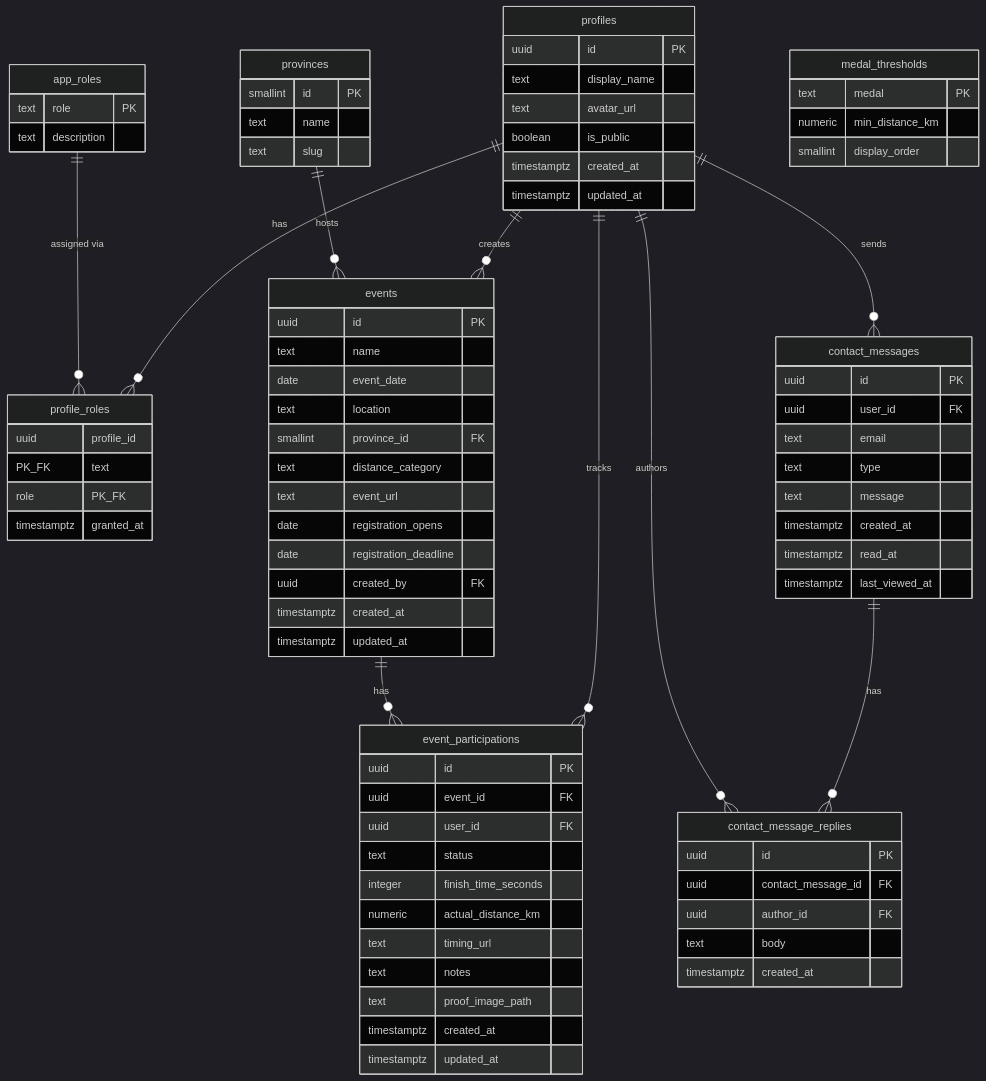
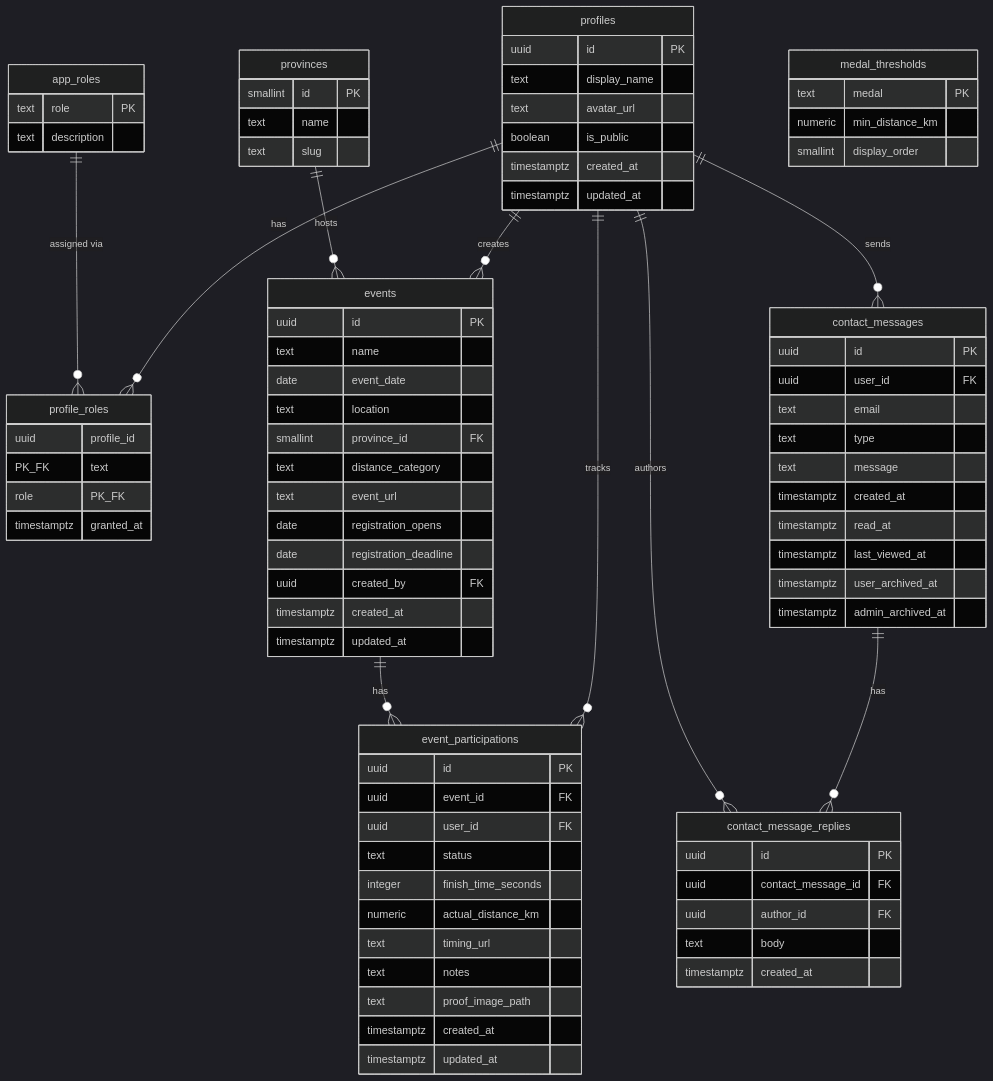
The diagram in docs/schema.md (GijsPrins/detwaalf), drawn with Mermaid (dark theme) before and after one commit. The commit also changed other lines of this file and 9 other files, not shown here.

```diff
--- a/docs/schema.md
+++ b/docs/schema.md
@@ -66,6 +66,8 @@
     timestamptz created_at
     timestamptz read_at
     timestamptz last_viewed_at
+    timestamptz user_archived_at
+    timestamptz admin_archived_at
   }
   contact_message_replies {
     uuid id PK
```
